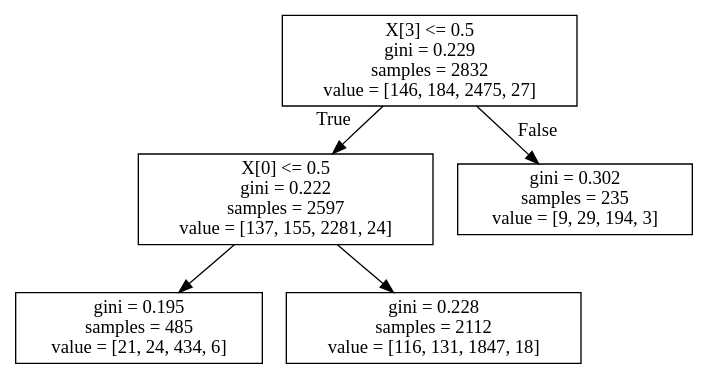
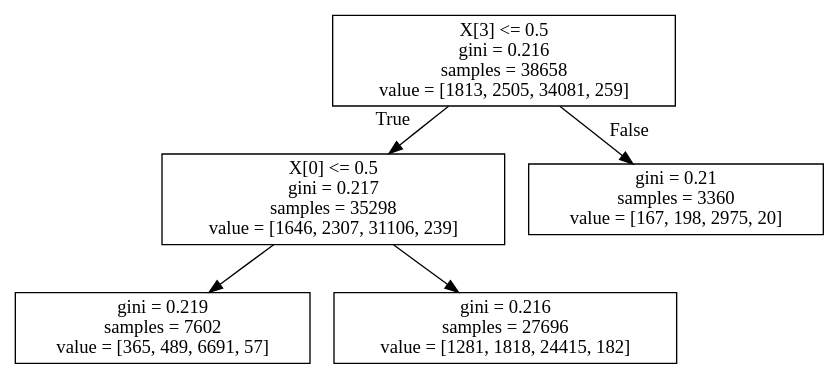
The diagram in data/vizdoom/ppo/0003r4+vizdoo_config_file=vi_en_as_sc_de_th_li.cfg+max_depth=6+n_batch_rollou=10+max_samples=200000+max_iters=80+train_frac=0.8+is_reweight=True/dt_policy.dot (jesbu1/viper), drawn with Graphviz before and after one commit. The commit also changed 455 other files, not shown here.

```diff
--- a/data/vizdoom/ppo/0003r4+vizdoo_config_file=vi_en_as_sc_de_th_li.cfg+max_depth=6+n_batch_rollou=10+max_samples=200000+max_iters=80+train_frac=0.8+is_reweight=True/dt_policy.dot
+++ b/data/vizdoom/ppo/0003r4+vizdoo_config_file=vi_en_as_sc_de_th_li.cfg+max_depth=6+n_batch_rollou=10+max_samples=200000+max_iters=80+train_frac=0.8+is_reweight=True/dt_policy.dot
@@ -1,12 +1,12 @@
 digraph Tree {
 node [shape=box] ;
-0 [label="X[3] <= 0.5\ngini = 0.229\nsamples = 2832\nvalue = [146, 184, 2475, 27]"] ;
-1 [label="X[0] <= 0.5\ngini = 0.222\nsamples = 2597\nvalue = [137, 155, 2281, 24]"] ;
+0 [label="X[3] <= 0.5\ngini = 0.216\nsamples = 38658\nvalue = [1813, 2505, 34081, 259]"] ;
+1 [label="X[0] <= 0.5\ngini = 0.217\nsamples = 35298\nvalue = [1646, 2307, 31106, 239]"] ;
 0 -> 1 [labeldistance=2.5, labelangle=45, headlabel="True"] ;
-2 [label="gini = 0.195\nsamples = 485\nvalue = [21, 24, 434, 6]"] ;
+2 [label="gini = 0.219\nsamples = 7602\nvalue = [365, 489, 6691, 57]"] ;
 1 -> 2 ;
-3 [label="gini = 0.228\nsamples = 2112\nvalue = [116, 131, 1847, 18]"] ;
+3 [label="gini = 0.216\nsamples = 27696\nvalue = [1281, 1818, 24415, 182]"] ;
 1 -> 3 ;
-4 [label="gini = 0.302\nsamples = 235\nvalue = [9, 29, 194, 3]"] ;
+4 [label="gini = 0.21\nsamples = 3360\nvalue = [167, 198, 2975, 20]"] ;
 0 -> 4 [labeldistance=2.5, labelangle=-45, headlabel="False"] ;
 }
```
